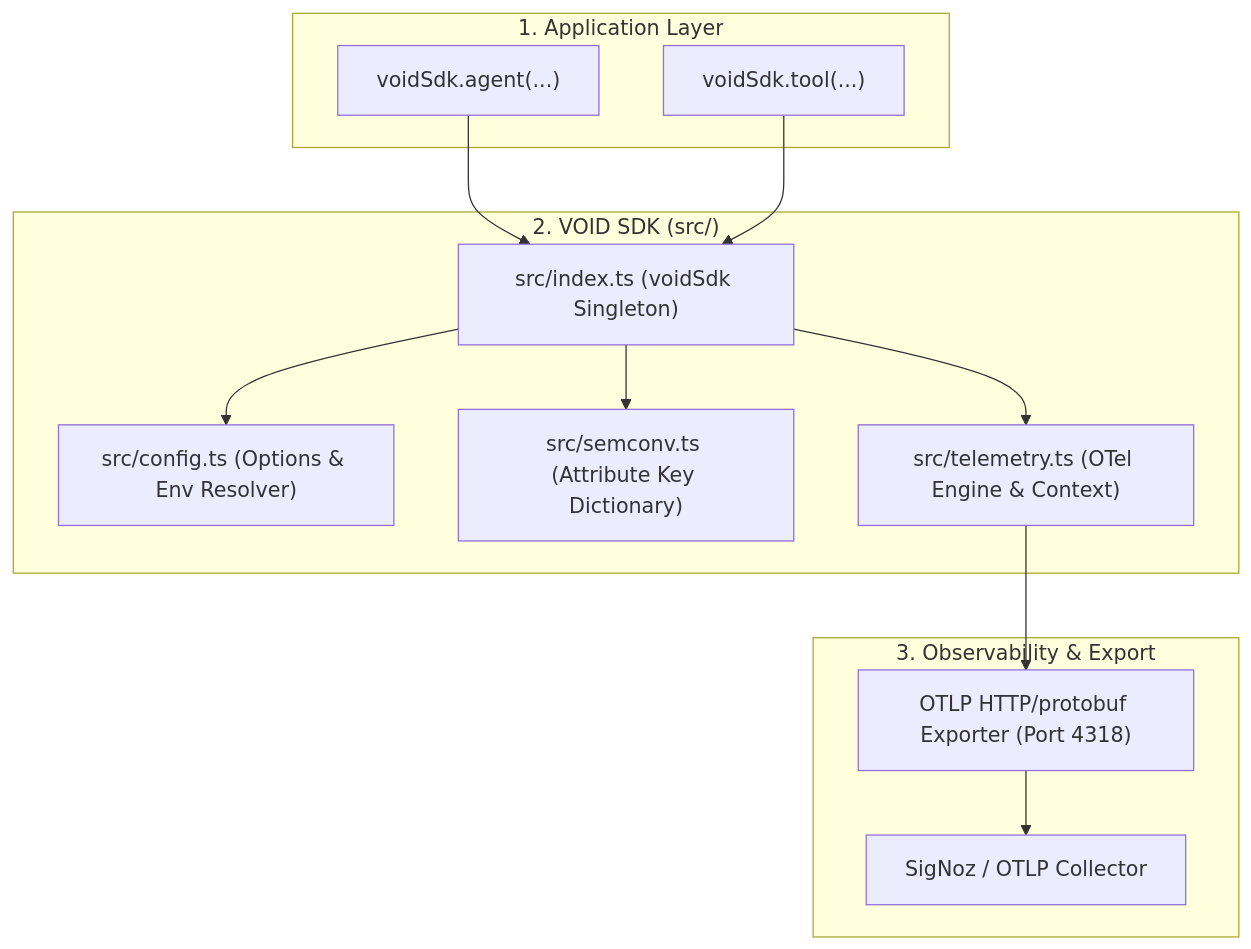
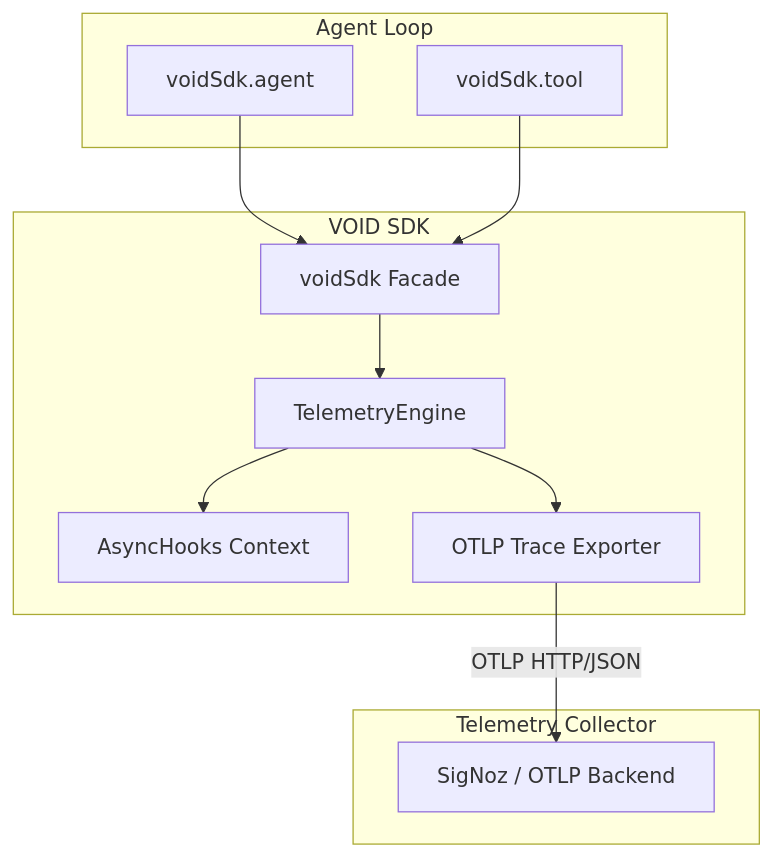
The diagram in README.md (VOID-Platform/void-sdk), drawn with Mermaid before and after one commit. The commit also changed other lines of this file and 8 other files, not shown here.

````diff
--- a/README.md
+++ b/README.md
@@ -16,29 +21,25 @@
 ```mermaid
 flowchart TD
-    subgraph App ["1. Application Layer"]
-        Agent["voidSdk.agent(...)"]
-        Tool["voidSdk.tool(...)"]
+    subgraph Agent Loop
+        Agent[voidSdk.agent]
+        Tool[voidSdk.tool]
     end
 
-    subgraph SDK ["2. VOID SDK (src/)"]
-        Index["src/index.ts (voidSdk Singleton)"]
-        Config["src/config.ts (Options & Env Resolver)"]
-        SemConv["src/semconv.ts (Attribute Key Dictionary)"]
-        Telemetry["src/telemetry.ts (OTel Engine & Context)"]
-
-        Index --> Config
-        Index --> SemConv
-        Index --> Telemetry
+    subgraph VOID SDK
+        Index[voidSdk Facade]
+        Engine[TelemetryEngine]
+        Context[AsyncHooks Context]
+        Exporter[OTLP Trace Exporter]
     end
 
-    subgraph Backend ["3. Observability & Export"]
-        OTLP["OTLP HTTP/protobuf Exporter (Port 4318)"]
-        SigNoz["SigNoz / OTLP Collector"]
-
-        Telemetry --> OTLP
-        OTLP --> SigNoz
+    subgraph Telemetry Collector
+        Backend[SigNoz / OTLP Backend]
     end
 
     Agent --> Index
     Tool --> Index
+    Index --> Engine
+    Engine --> Context
+    Engine --> Exporter
+    Exporter -->|OTLP HTTP/JSON| Backend
 ```
````
